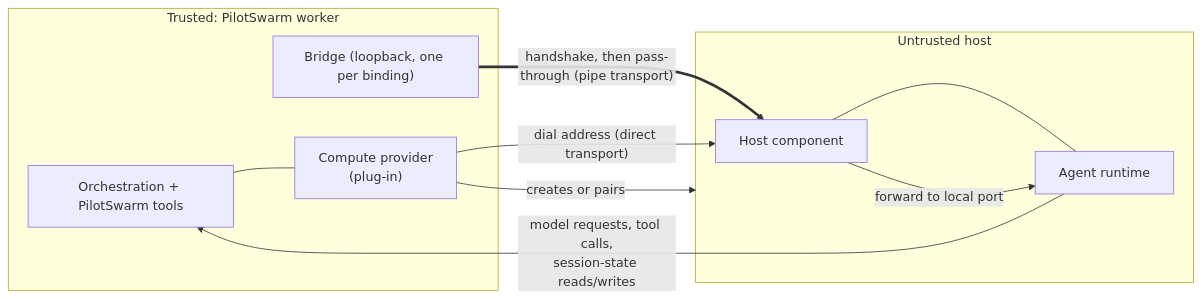
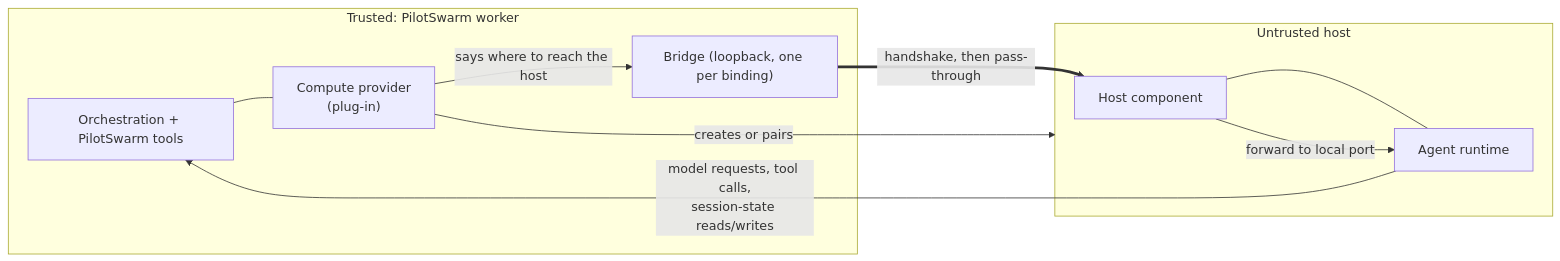
Before and after one commit to microsoft/PilotSwarm: the second of 2 diagrams in docs/proposals/compute-providers.md, drawn with Mermaid. The commit also changed other lines of this file and 8 other files, not shown here.

First line of the commit message:
Reach every compute host at an address, and drop the other way

````diff
--- a/docs/proposals/compute-providers.md
+++ b/docs/proposals/compute-providers.md
@@ -214,19 +213,19 @@
 ```mermaid
 flowchart LR
   subgraph T["Trusted: PilotSwarm worker"]
     ORCH["Orchestration + PilotSwarm tools"]
     CP["Compute provider<br/>(plug-in)"]
     BR["Bridge (loopback, one per binding)"]
     ORCH --- CP
   end
   subgraph HOST["Untrusted host"]
     HCOMP["Host component"]
     RT["Agent runtime"]
     HCOMP --- RT
   end
   CP -- "creates or pairs" --> HOST
-  BR == "handshake, then pass-through (pipe transport)" ==> HCOMP
-  CP -- "dial address (direct transport)" --> HCOMP
+  BR == "handshake, then pass-through" ==> HCOMP
+  CP -- "says where to reach the host" --> BR
   HCOMP -- "forward to local port" --> RT
   RT -- "model requests, tool calls,<br/>session-state reads/writes" --> ORCH
 ```
````
